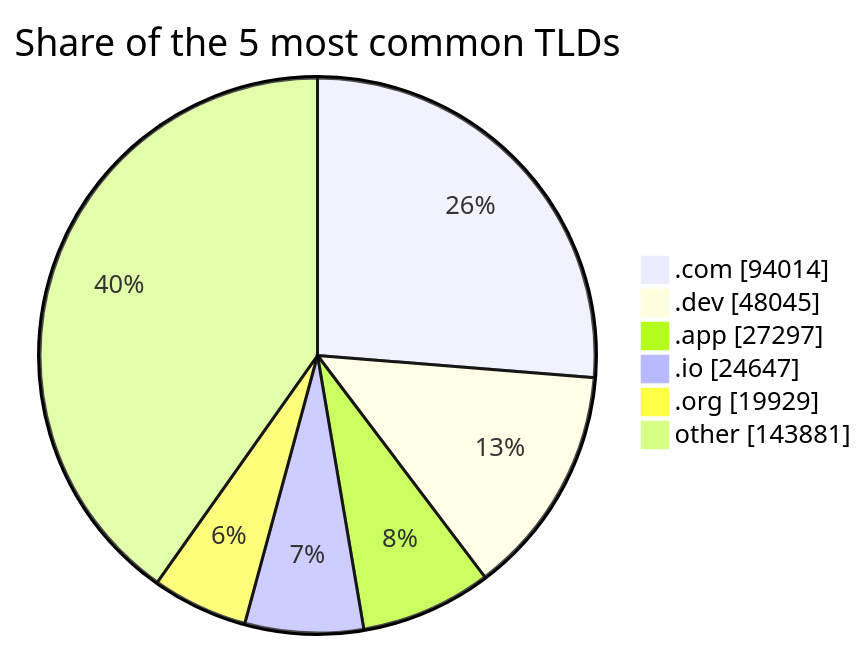
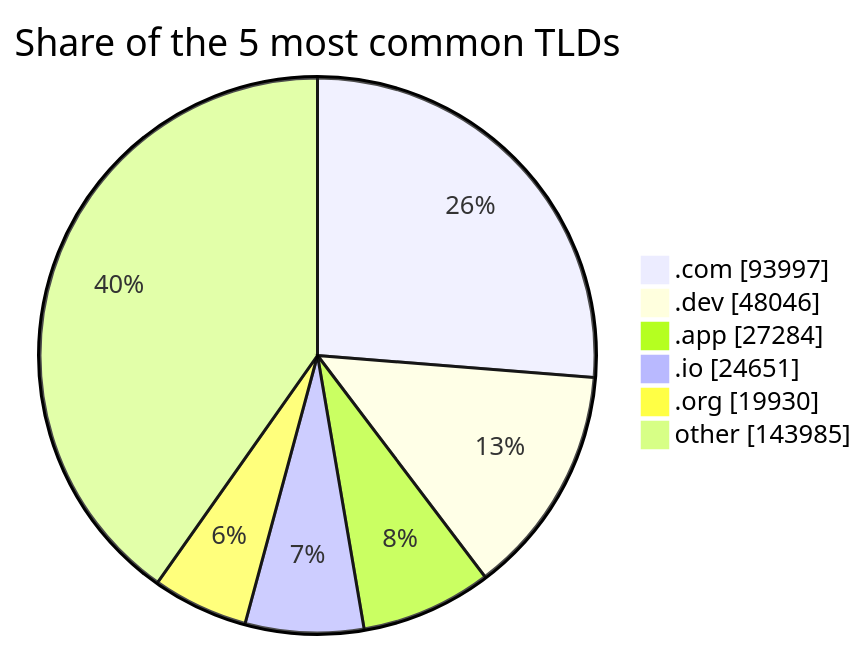
The third of 3 diagrams in README.md (DNSBunker/CTI), drawn with Mermaid before and after one commit. The commit also changed other lines of this file and 3 other files, not shown here.

````diff
--- a/README.md
+++ b/README.md
@@ -81,9 +81,9 @@
 ```mermaid
 pie showData title Share of the 5 most common TLDs
-    ".com" : 94014
-    ".dev" : 48045
-    ".app" : 27297
-    ".io" : 24647
-    ".org" : 19929
-    "other" : 143881
+    ".com" : 93997
+    ".dev" : 48046
+    ".app" : 27284
+    ".io" : 24651
+    ".org" : 19930
+    "other" : 143985
 ```
````
